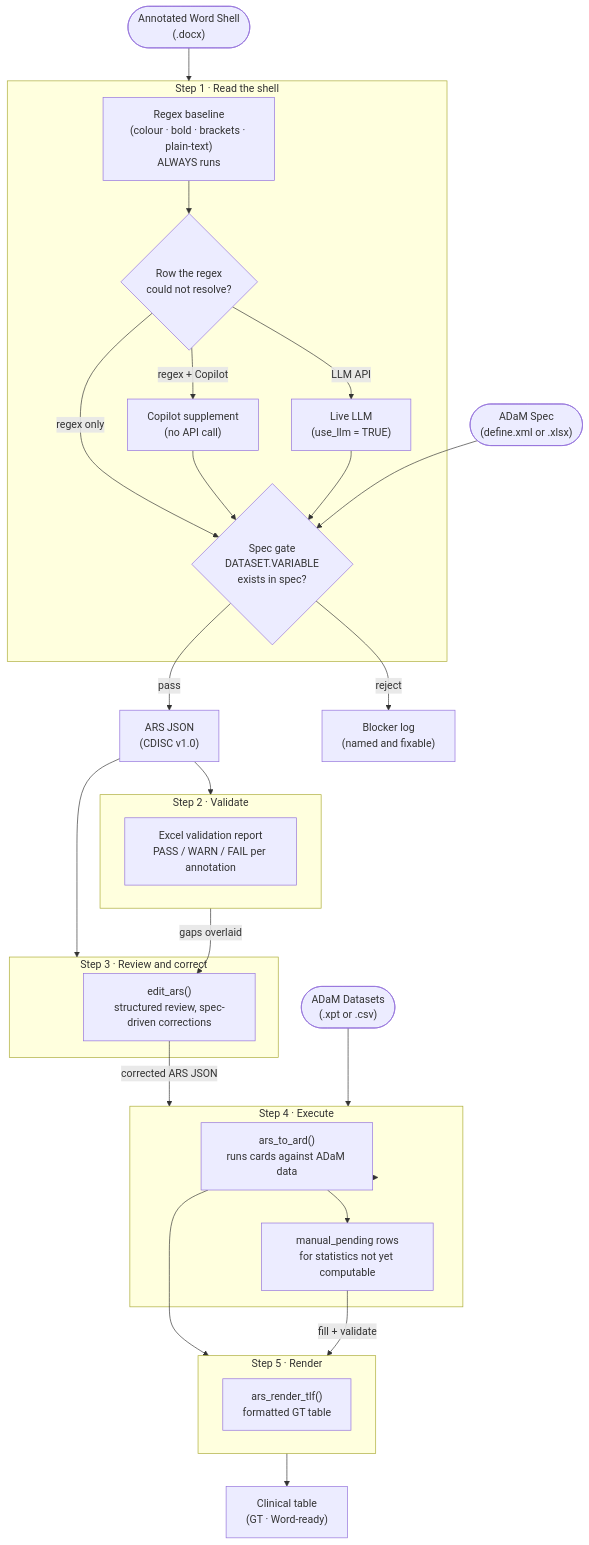
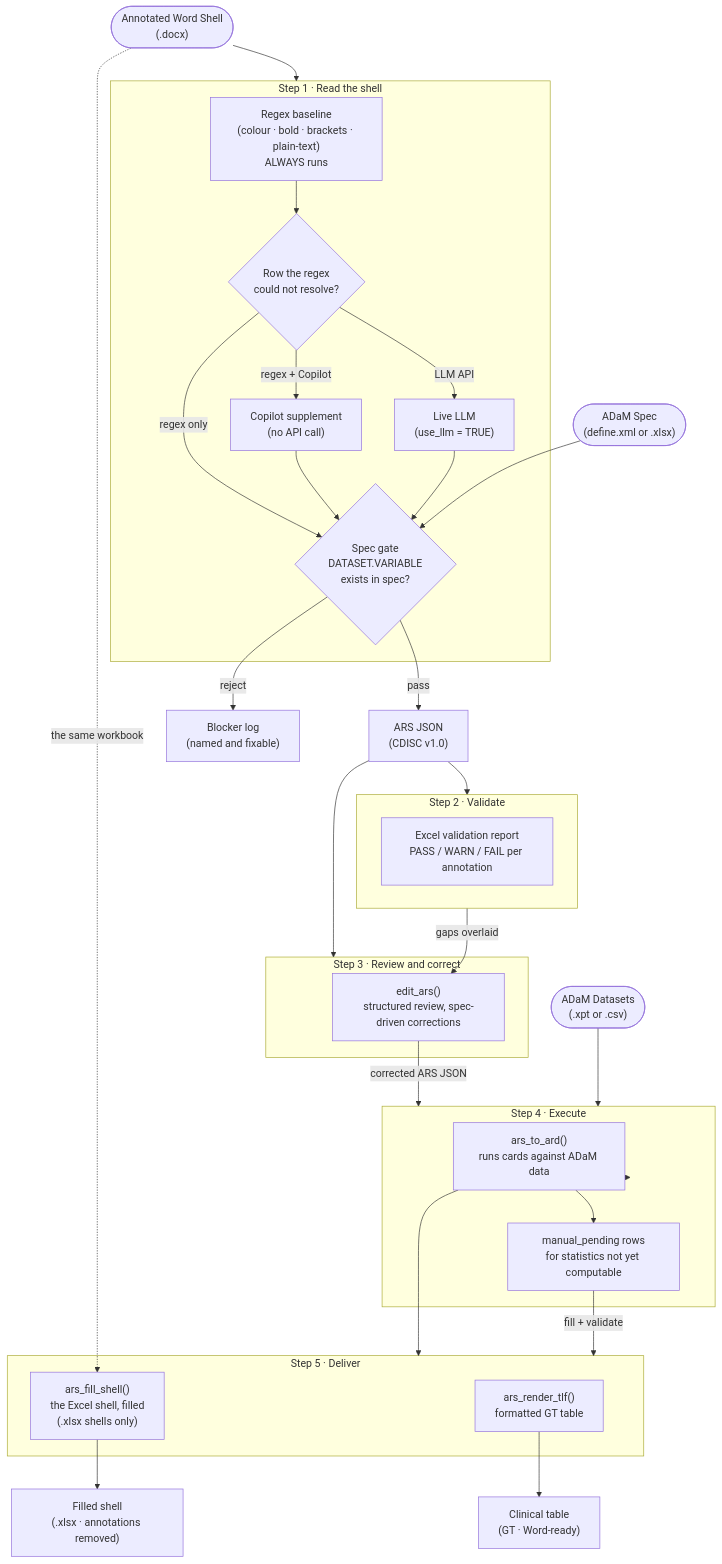
Before and after one commit to tavakohr/arsbridge: the diagram in README.Rmd, drawn with Mermaid. The commit also changed other lines of this file and 18 other files, not shown here.

````diff
--- a/README.Rmd
+++ b/README.Rmd
@@ -52,50 +53,53 @@
 ```mermaid
 flowchart TD
     SHELL(["Annotated Word Shell\n(.docx)"])
     SPEC(["ADaM Spec\n(define.xml or .xlsx)"])
     ADAM(["ADaM Datasets\n(.xpt or .csv)"])
 
     subgraph STEP1 ["Step 1 · Read the shell"]
         R["Regex baseline\n(colour · bold · brackets · plain-text)\nALWAYS runs"]
         F{"Row the regex\ncould not resolve?"}
         C["Copilot supplement\n(no API call)"]
         L["Live LLM\n(use_llm = TRUE)"]
         G{"Spec gate\nDATASET.VARIABLE\nexists in spec?"}
         R --> F
         F -->|"regex only"| G
         F -->|"regex + Copilot"| C --> G
         F -->|"LLM API"| L --> G
     end
 
     subgraph STEP2 ["Step 2 · Validate"]
         V["Excel validation report\nPASS / WARN / FAIL per annotation"]
     end
 
     subgraph STEP3 ["Step 3 · Review and correct"]
         RV["edit_ars()\nstructured review, spec-driven corrections"]
     end
 
     subgraph STEP4 ["Step 4 · Execute"]
         E["ars_to_ard()\nruns cards against ADaM data"]
         MP["manual_pending rows\nfor statistics not yet computable"]
     end
 
-    subgraph STEP5 ["Step 5 · Render"]
+    subgraph STEP5 ["Step 5 · Deliver"]
         T["ars_render_tlf()\nformatted GT table"]
+        FS["ars_fill_shell()\nthe Excel shell, filled\n(.xlsx shells only)"]
     end
 
     SHELL --> STEP1
     SPEC --> G
     G -->|"pass"| ARS["ARS JSON\n(CDISC v1.0)"]
     G -->|"reject"| BLK["Blocker log\n(named and fixable)"]
     ARS --> STEP2
     ARS --> STEP3
     STEP2 -->|"gaps overlaid"| RV
     RV -->|"corrected ARS JSON"| STEP4
     ADAM --> STEP4
     STEP4 --> E
     E --> MP
     E --> STEP5
     MP -->|"fill + validate"| STEP5
-    STEP5 --> TLF["Clinical table\n(GT · Word-ready)"]
+    T --> TLF["Clinical table\n(GT · Word-ready)"]
+    SHELL -.->|"the same workbook"| FS
+    FS --> XL["Filled shell\n(.xlsx · annotations removed)"]
 ```
````
